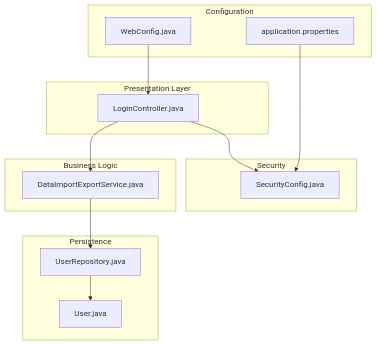
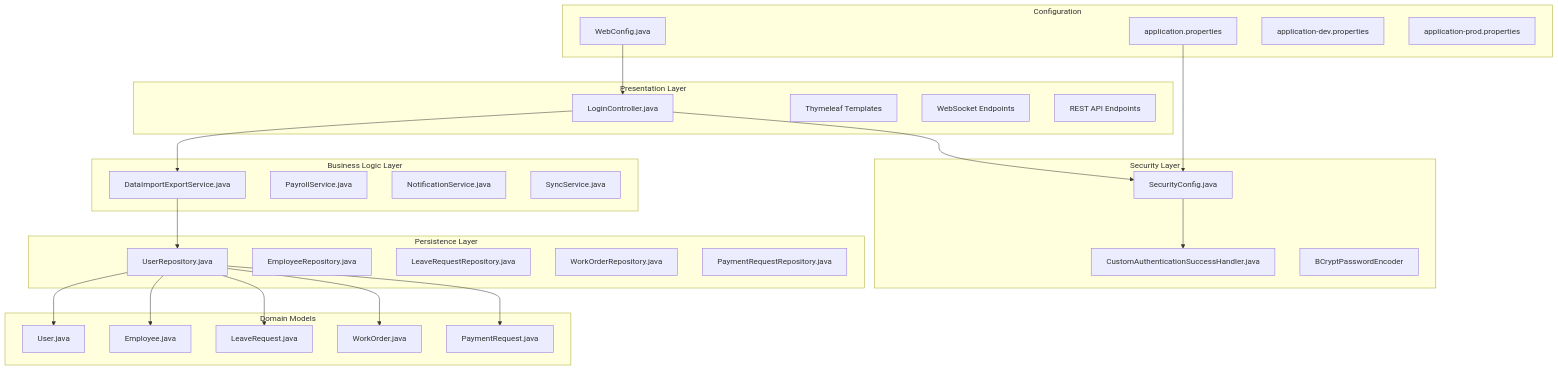
The second of 8 diagrams in .qoder/repowiki/en/content/Developer Guidelines.md (mhcybroot/Skylink-custom-backend), drawn with Mermaid before and after one commit. The commit also changed other lines of this file and 7 other files, not shown here.

First line of the commit message:
feat(architecture): enhance security, real-time communication, and data access layers

````diff
--- a/.qoder/repowiki/en/content/Developer Guidelines.md
+++ b/.qoder/repowiki/en/content/Developer Guidelines.md
@@ -113,26 +142,51 @@
 ```mermaid
 graph TB
 subgraph "Presentation Layer"
 LC["LoginController.java"]
+TH["Thymeleaf Templates"]
+WS["WebSocket Endpoints"]
+ENDPOINTS["REST API Endpoints"]
 end
-subgraph "Security"
+subgraph "Security Layer"
 SC["SecurityConfig.java"]
+CAHS["CustomAuthenticationSuccessHandler.java"]
+CS["BCryptPasswordEncoder"]
 end
-subgraph "Business Logic"
+subgraph "Business Logic Layer"
 DX["DataImportExportService.java"]
+PAY["PayrollService.java"]
+NOTIF["NotificationService.java"]
+SYNC["SyncService.java"]
 end
-subgraph "Persistence"
+subgraph "Persistence Layer"
 UR["UserRepository.java"]
+ER["EmployeeRepository.java"]
+LR["LeaveRequestRepository.java"]
+WR["WorkOrderRepository.java"]
+PR["PaymentRequestRepository.java"]
+end
+subgraph "Domain Models"
 UM["User.java"]
+EM["Employee.java"]
+LM["LeaveRequest.java"]
+WM["WorkOrder.java"]
+PM["PaymentRequest.java"]
 end
 subgraph "Configuration"
 WA["WebConfig.java"]
 AP["application.properties"]
+DEV["application-dev.properties"]
+PROD["application-prod.properties"]
 end
 LC --> SC
+SC --> CAHS
 LC --> DX
 DX --> UR
 UR --> UM
+UR --> EM
+UR --> LM
+UR --> WM
+UR --> PM
 WA --> LC
 AP --> SC
 ```
````
